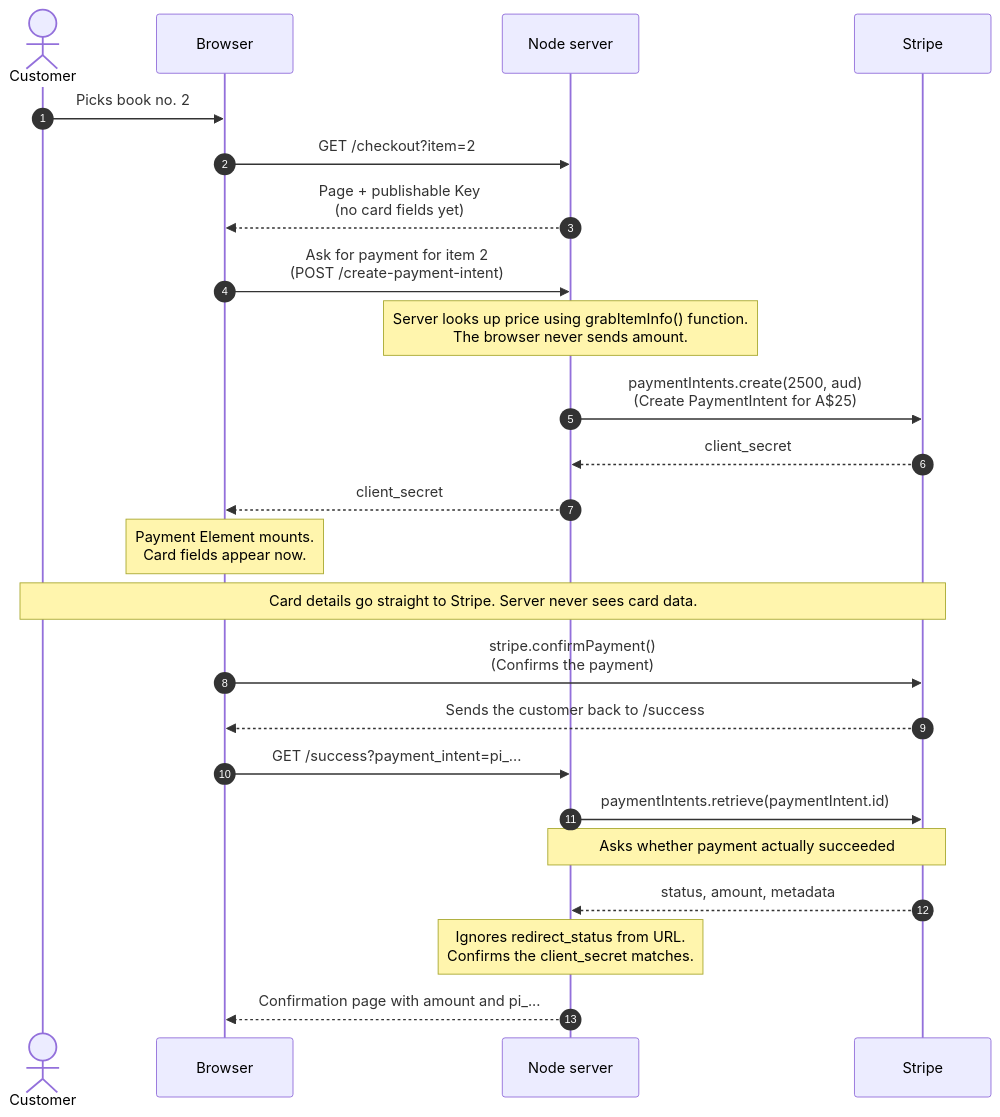
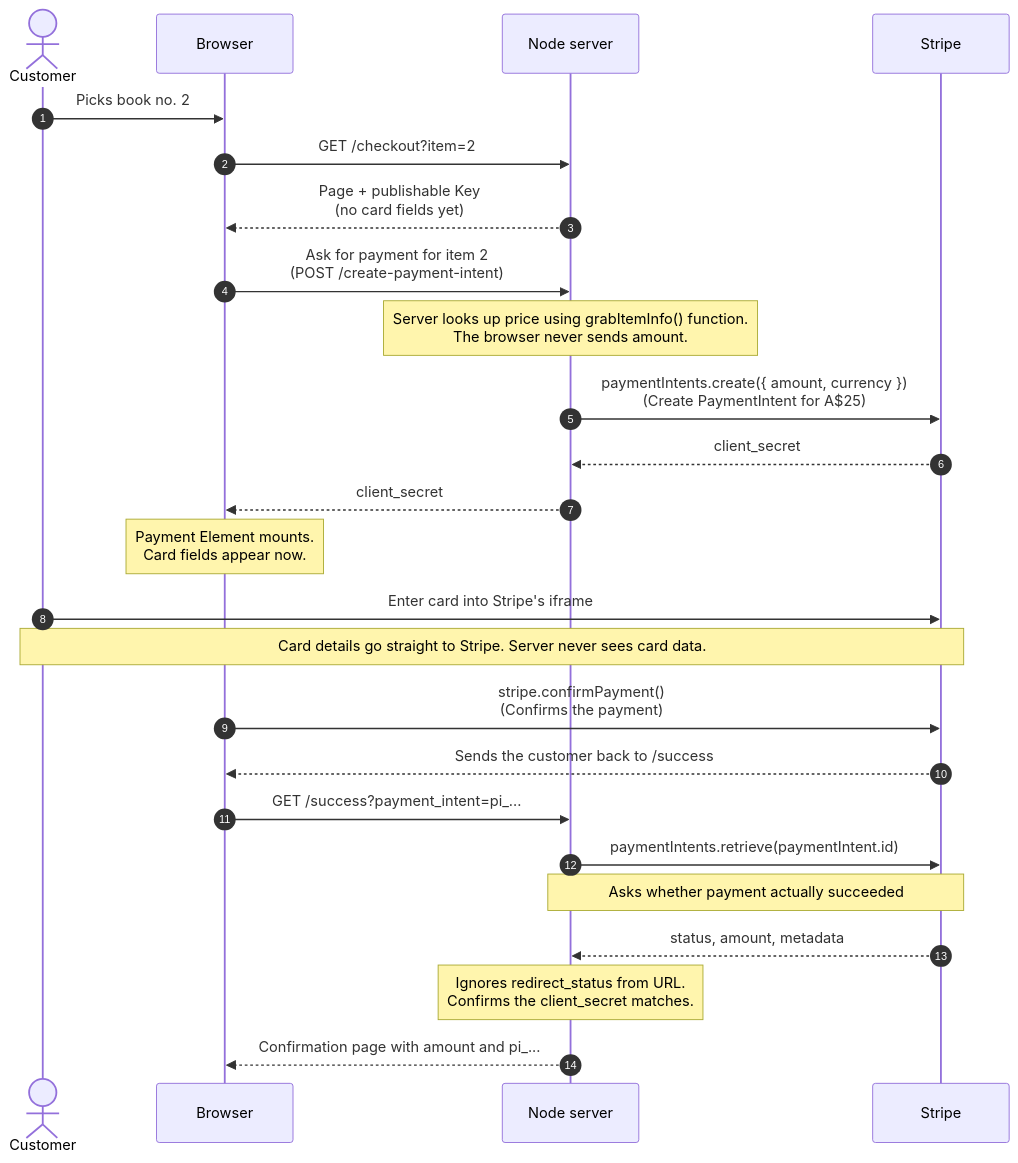
The diagram in README.md (karlllewis/sa-takehome-project-node), drawn with Mermaid before and after one commit. The commit also changed other lines of this file and 2 other files, not shown here.

````diff
--- a/README.md
+++ b/README.md
@@ -72,29 +79,30 @@
 ```mermaid
 sequenceDiagram
     autonumber
     actor C as Customer
     participant B as Browser
     participant S as Node server
     participant St as Stripe
 
     C->>B: Picks book no. 2
     B->>S: GET /checkout?item=2
     S-->>B: Page + publishable Key<br/>(no card fields yet)
 
     B->>S: Ask for payment for item 2<br/>(POST /create-payment-intent)
     Note over S: Server looks up price using grabItemInfo() function.<br/>The browser never sends amount.
-    S->>St: paymentIntents.create(2500, aud)<br/>(Create PaymentIntent for A$25) 
+    S->>St: paymentIntents.create({ amount, currency })<br/>(Create PaymentIntent for A$25) 
     St-->>S: client_secret
     S-->>B: client_secret
     Note over B: Payment Element mounts.<br/>Card fields appear now.
 
+    C->>St: Enter card into Stripe's iframe
     Note over C,St: Card details go straight to Stripe. Server never sees card data.
     B->>St: stripe.confirmPayment()<br/>(Confirms the payment)
     St-->>B: Sends the customer back to /success
     B->>S: GET /success?payment_intent=pi_...
     S->>St: paymentIntents.retrieve(paymentIntent.id)
     Note over S,St: Asks whether payment actually succeeded
     St-->>S: status, amount, metadata
     Note over S: Ignores redirect_status from URL.<br/>Confirms the client_secret matches.
     S-->>B: Confirmation page with amount and pi_...
 ```
````
